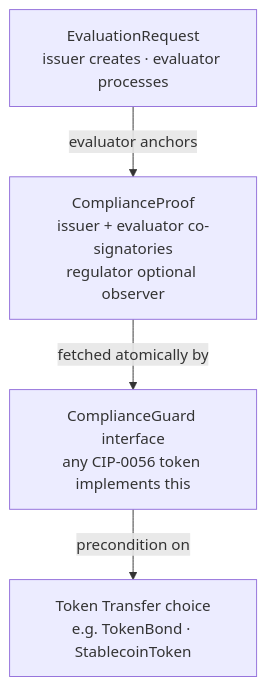
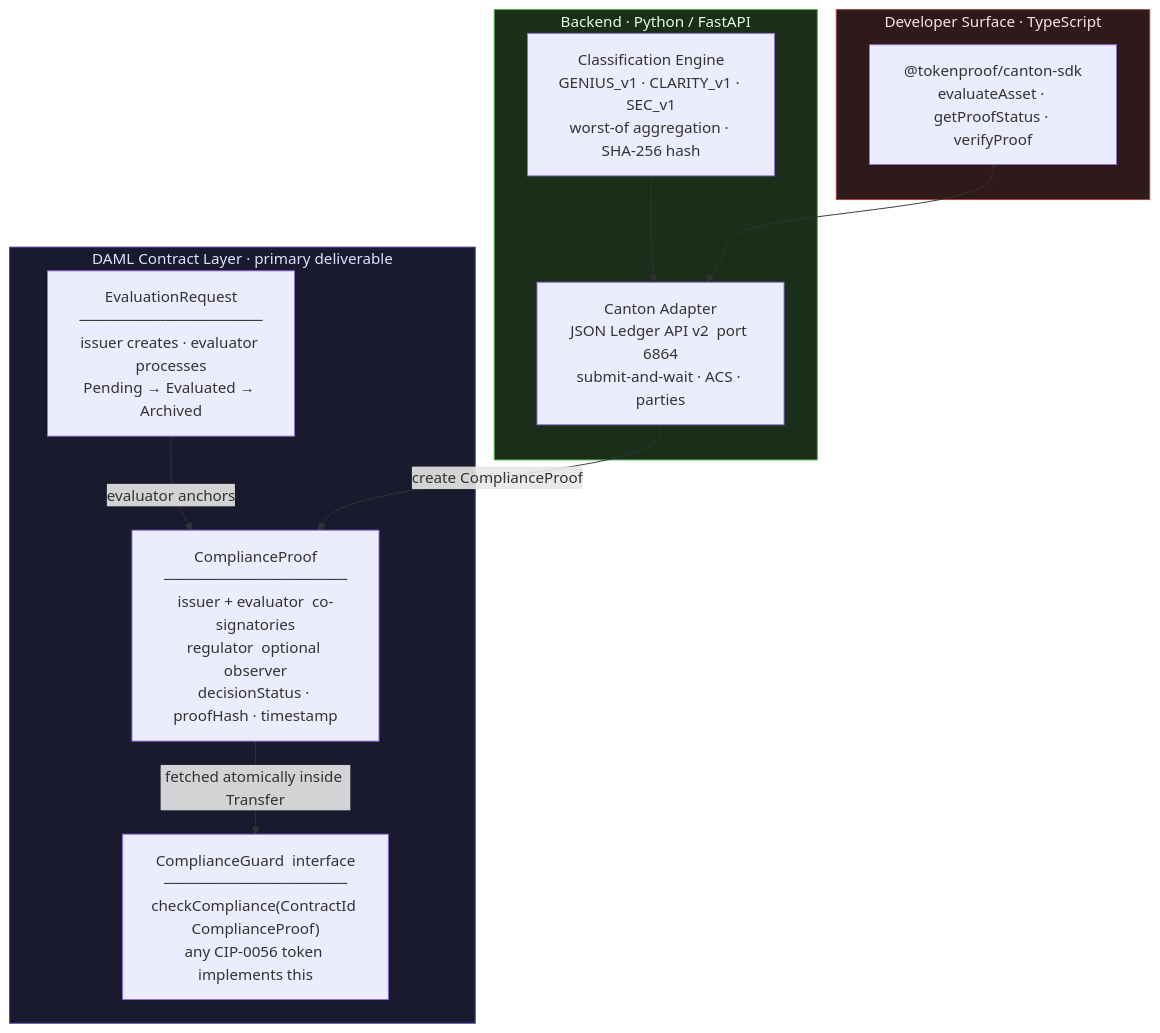
Before and after one commit to Compliledger/canton_tokenproof: the third of 4 diagrams in README.md, drawn with Mermaid. The commit also changed other lines of this file and 5 other files, not shown here.

Commit message:
refactor: clean README, architecture diagrams, backend code quality

````diff
--- a/README.md
+++ b/README.md
@@ -58,11 +63,27 @@
 ```mermaid
 graph TD
-    EV[EvaluationRequest\nissuer creates · evaluator processes]
-    CP[ComplianceProof\nissuer + evaluator co-signatories\nregulator optional observer]
-    CG[ComplianceGuard interface\nany CIP-0056 token implements this]
-    TK[Token Transfer choice\ne.g. TokenBond · StablecoinToken]
+    subgraph DAML["DAML Contract Layer  ·  primary deliverable"]
+        CP["ComplianceProof\n─────────────────\nissuer + evaluator  co-signatories\nregulator  optional observer\ndecisionStatus · proofHash · timestamp"]
+        CG["ComplianceGuard  interface\n─────────────────\ncheckCompliance(ContractId ComplianceProof)\nany CIP-0056 token implements this"]
+        ER["EvaluationRequest\n─────────────────\nissuer creates · evaluator processes\nPending → Evaluated → Archived"]
+    end
 
-    EV -->|evaluator anchors| CP
-    CP -->|fetched atomically by| CG
-    CG -->|precondition on| TK
+    subgraph BE["Backend  ·  Python / FastAPI"]
+        ENG["Classification Engine\nGENIUS_v1 · CLARITY_v1 · SEC_v1\nworst-of aggregation · SHA-256 hash"]
+        ADP["Canton Adapter\nJSON Ledger API v2  port 6864\nsubmit-and-wait · ACS · parties"]
+    end
+
+    subgraph SDK["Developer Surface  ·  TypeScript"]
+        TSDK["@tokenproof/canton-sdk\nevaluateAsset · getProofStatus · verifyProof"]
+    end
+
+    ER -->|evaluator anchors| CP
+    CP -->|fetched atomically inside Transfer| CG
+    ENG --> ADP
+    ADP -->|create ComplianceProof| CP
+    TSDK --> ADP
+
+    style DAML fill:#1a1a2e,color:#e0e0ff,stroke:#4444aa
+    style BE fill:#1a2e1a,color:#e0ffe0,stroke:#44aa44
+    style SDK fill:#2e1a1a,color:#ffe0e0,stroke:#aa4444
 ```
````
